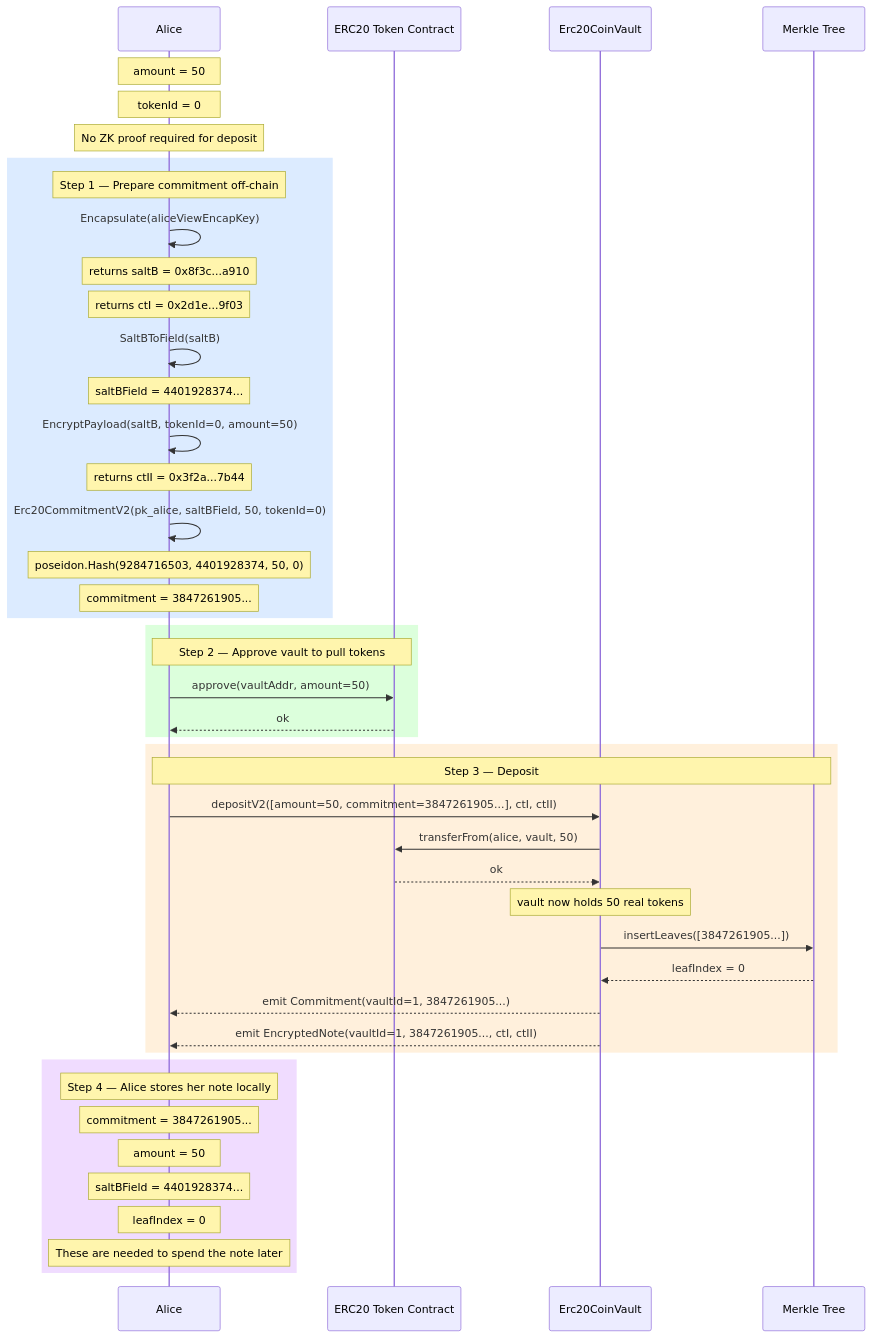
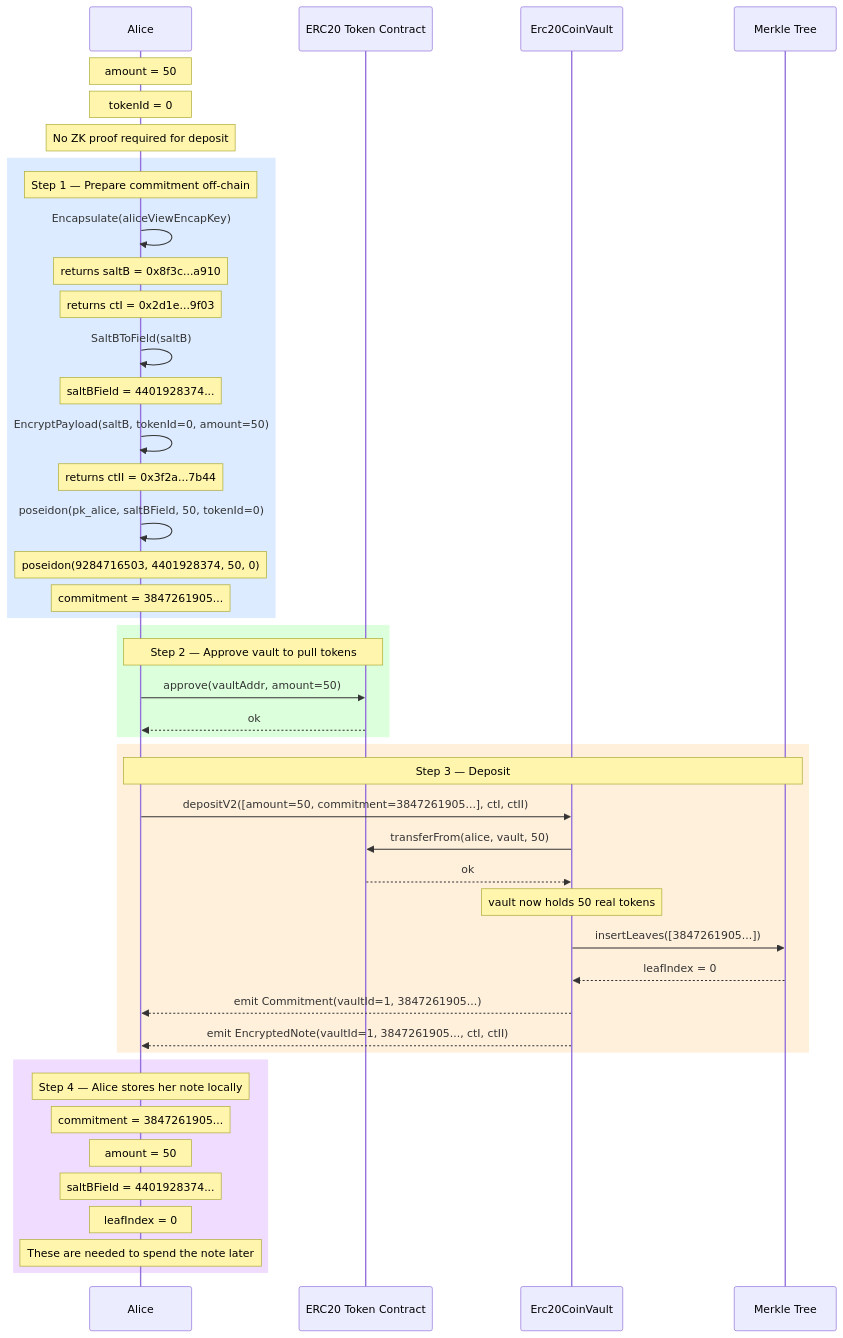
The diagram in enygma_dvp/docs/flows/01_deposit.md (yaksetig/Enygma), drawn with Mermaid before and after one commit.

Commit message:
change in docs

````diff
--- a/enygma_dvp/docs/flows/01_deposit.md
+++ b/enygma_dvp/docs/flows/01_deposit.md
@@ -27,61 +27,61 @@
 ```mermaid
 sequenceDiagram
     participant Alice
     participant ERC20 as ERC20 Token Contract
     participant Vault as Erc20CoinVault
     participant Tree as Merkle Tree
 
     Note over Alice: amount = 50
     Note over Alice: tokenId = 0
     Note over Alice: No ZK proof required for deposit
 
     rect rgb(220, 235, 255)
         Note over Alice: Step 1 — Prepare commitment off-chain
 
         Alice->>Alice: Encapsulate(aliceViewEncapKey)
         Note over Alice: returns saltB = 0x8f3c...a910
         Note over Alice: returns ctI   = 0x2d1e...9f03
 
         Alice->>Alice: SaltBToField(saltB)
         Note over Alice: saltBField = 4401928374...
 
         Alice->>Alice: EncryptPayload(saltB, tokenId=0, amount=50)
         Note over Alice: returns ctII = 0x3f2a...7b44
 
-        Alice->>Alice: Erc20CommitmentV2(pk_alice, saltBField, 50, tokenId=0)
-        Note over Alice: poseidon.Hash(9284716503, 4401928374, 50, 0)
+        Alice->>Alice: poseidon(pk_alice, saltBField, 50, tokenId=0)
+        Note over Alice: poseidon(9284716503, 4401928374, 50, 0)
         Note over Alice: commitment = 3847261905...
     end
 
     rect rgb(220, 255, 220)
         Note over Alice,ERC20: Step 2 — Approve vault to pull tokens
 
         Alice->>ERC20: approve(vaultAddr, amount=50)
         ERC20-->>Alice: ok
     end
 
     rect rgb(255, 240, 220)
         Note over Alice,Tree: Step 3 — Deposit
 
         Alice->>Vault: depositV2([amount=50, commitment=3847261905...], ctI, ctII)
 
         Vault->>ERC20: transferFrom(alice, vault, 50)
         ERC20-->>Vault: ok
         Note over Vault: vault now holds 50 real tokens
 
         Vault->>Tree: insertLeaves([3847261905...])
         Tree-->>Vault: leafIndex = 0
 
         Vault-->>Alice: emit Commitment(vaultId=1, 3847261905...)
         Vault-->>Alice: emit EncryptedNote(vaultId=1, 3847261905..., ctI, ctII)
     end
 
     rect rgb(240, 220, 255)
         Note over Alice: Step 4 — Alice stores her note locally
         Note over Alice: commitment = 3847261905...
         Note over Alice: amount     = 50
         Note over Alice: saltBField = 4401928374...
         Note over Alice: leafIndex  = 0
         Note over Alice: These are needed to spend the note later
     end
 ```
````
